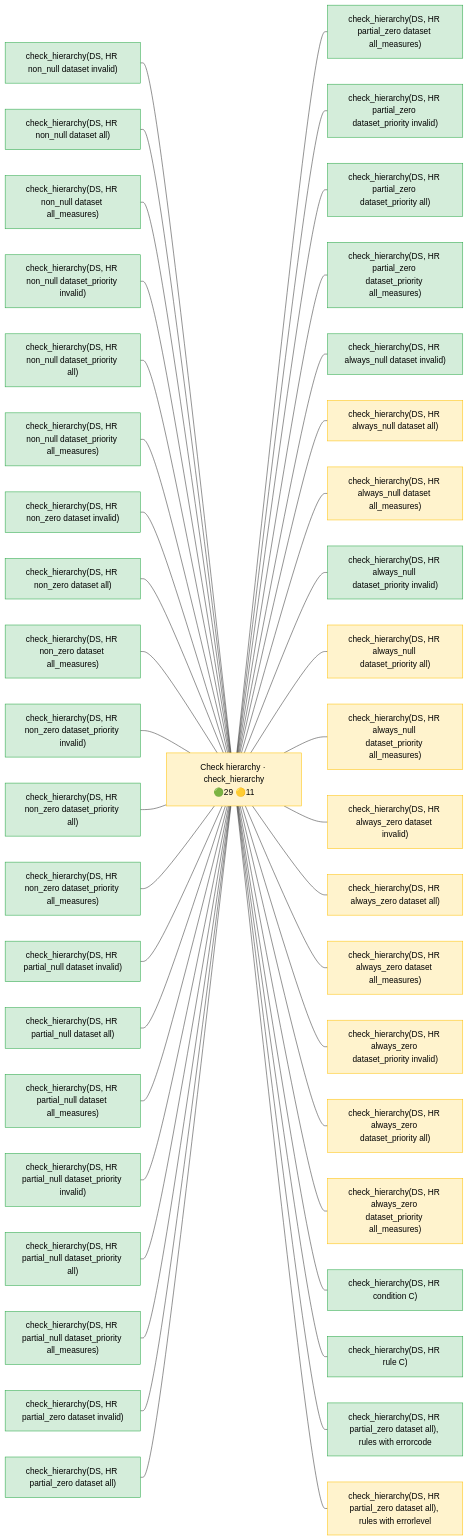
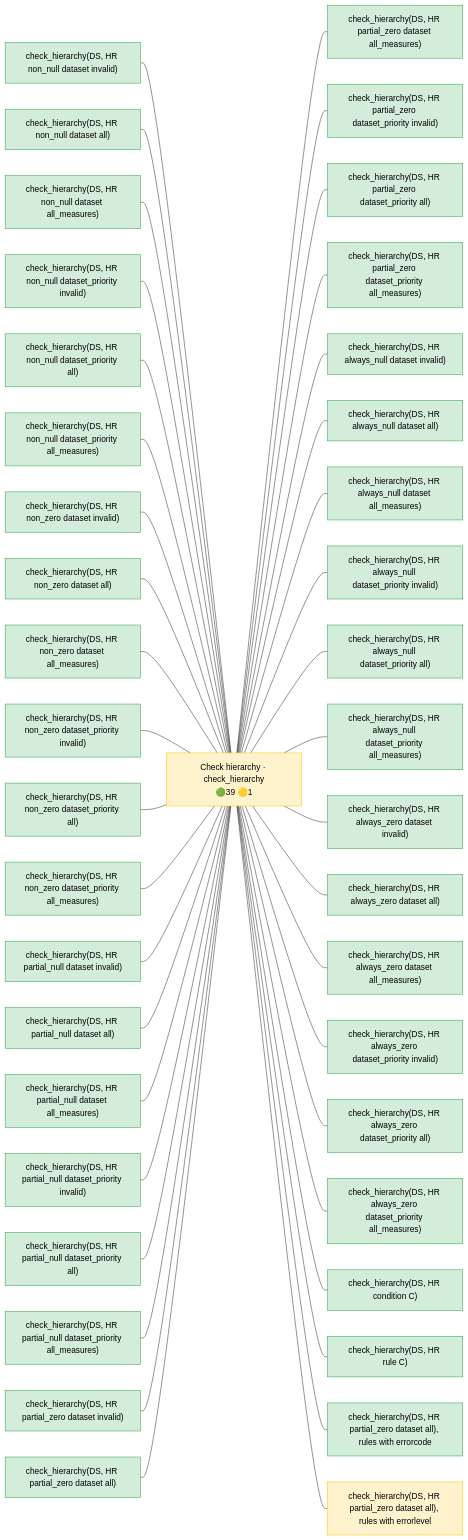
The diagram in docs/operator_map/validation/check_hierarchy.rst (Meaningful-Data/vtlengine), drawn with Mermaid before and after one commit. The commit also changed other lines of this file and 175 other files, not shown here.

```diff
--- a/docs/operator_map/validation/check_hierarchy.rst
+++ b/docs/operator_map/validation/check_hierarchy.rst
@@ -32,7 +32,7 @@
        classDef diverge fill:#cce5ff,stroke:#007bff,color:#000
        classDef block fill:#2b3a4a,stroke:#2b3a4a,color:#fff,font-weight:bold
        classDef ext fill:#fff,stroke:#666,color:#000,stroke-dasharray: 5 5
-       O["Check hierarchy · check_hierarchy<br/>🟢29 🟡11"]:::partial
+       O["Check hierarchy · check_hierarchy<br/>🟢39 🟡1"]:::partial
        v_non_null_dataset_invalid["check_hierarchy(DS, HR non_null dataset invalid)"]:::ok
        v_non_null_dataset_all["check_hierarchy(DS, HR non_null dataset all)"]:::ok
        v_non_null_dataset_all_measures["check_hierarchy(DS, HR non_null dataset all_measures)"]:::ok
@@ -58,17 +58,17 @@
        v_partial_zero_dataset_priority_all["check_hierarchy(DS, HR partial_zero dataset_priority all)"]:::ok
        v_partial_zero_dataset_priority_all_measures["check_hierarchy(DS, HR partial_zero dataset_priority all_measures)"]:::ok
        v_always_null_dataset_invalid["check_hierarchy(DS, HR always_null dataset invalid)"]:::ok
-       v_always_null_dataset_all["check_hierarchy(DS, HR always_null dataset all)"]:::partial
-       v_always_null_dataset_all_measures["check_hierarchy(DS, HR always_null dataset all_measures)"]:::partial
+       v_always_null_dataset_all["check_hierarchy(DS, HR always_null dataset all)"]:::ok
+       v_always_null_dataset_all_measures["check_hierarchy(DS, HR always_null dataset all_measures)"]:::ok
        v_always_null_dataset_priority_invalid["check_hierarchy(DS, HR always_null dataset_priority invalid)"]:::ok
-       v_always_null_dataset_priority_all["check_hierarchy(DS, HR always_null dataset_priority all)"]:::partial
-       v_always_null_dataset_priority_all_measures["check_hierarchy(DS, HR always_null dataset_priority all_measures)"]:::partial
-       v_always_zero_dataset_invalid["check_hierarchy(DS, HR always_zero dataset invalid)"]:::partial
-       v_always_zero_dataset_all["check_hierarchy(DS, HR always_zero dataset all)"]:::partial
-       v_always_zero_dataset_all_measures["check_hierarchy(DS, HR always_zero dataset all_measures)"]:::partial
-       v_always_zero_dataset_priority_invalid["check_hierarchy(DS, HR always_zero dataset_priority invalid)"]:::partial
-       v_always_zero_dataset_priority_all["check_hierarchy(DS, HR always_zero dataset_priority all)"]:::partial
-       v_always_zero_dataset_priority_all_measures["check_hierarchy(DS, HR always_zero dataset_priority all_measures)"]:::partial
+       v_always_null_dataset_priority_all["check_hierarchy(DS, HR always_null dataset_priority all)"]:::ok
+       v_always_null_dataset_priority_all_measures["check_hierarchy(DS, HR always_null dataset_priority all_measures)"]:::ok
+       v_always_zero_dataset_invalid["check_hierarchy(DS, HR always_zero dataset invalid)"]:::ok
+       v_always_zero_dataset_all["check_hierarchy(DS, HR always_zero dataset all)"]:::ok
+       v_always_zero_dataset_all_measures["check_hierarchy(DS, HR always_zero dataset all_measures)"]:::ok
+       v_always_zero_dataset_priority_invalid["check_hierarchy(DS, HR always_zero dataset_priority invalid)"]:::ok
+       v_always_zero_dataset_priority_all["check_hierarchy(DS, HR always_zero dataset_priority all)"]:::ok
+       v_always_zero_dataset_priority_all_measures["check_hierarchy(DS, HR always_zero dataset_priority all_measures)"]:::ok
        v_condition["check_hierarchy(DS, HR condition C)"]:::ok
        v_rule["check_hierarchy(DS, HR rule C)"]:::ok
        v_errorcode["check_hierarchy(DS, HR partial_zero dataset all), rules with errorcode"]:::ok
```
